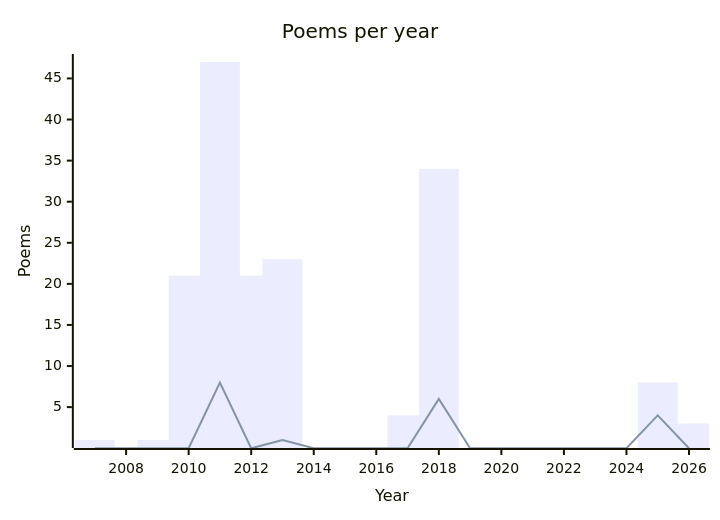
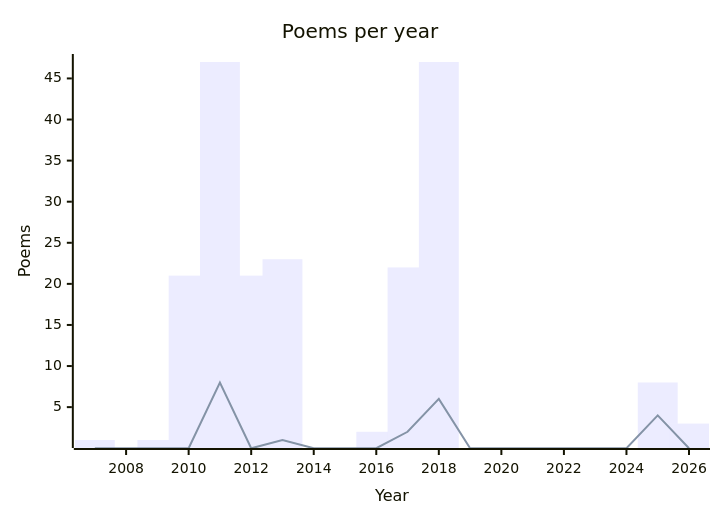
One commit to g-ongenae/blog changed the first of 2 diagrams in tell/README.md. Above: the diagram before and after it, drawn with Mermaid. The commit also changed other lines of this file, not shown here.

````diff
--- a/tell/README.md
+++ b/tell/README.md
@@ -15,8 +15,8 @@
 ```mermaid
 xychart-beta
   title "Poems per year"
   x-axis "Year" 2007 --> 2026
   y-axis "Poems" 1 --> 47
-  bar [1, 0, 1, 21, 47, 21, 23, 0, 0, 0, 4, 34, 0, 0, 0, 0, 0, 0, 8, 3]
-  line [0, 0, 0, 0, 8, 0, 1, 0, 0, 0, 0, 6, 0, 0, 0, 0, 0, 0, 4, 0]
+  bar [1, 0, 1, 21, 47, 21, 23, 0, 0, 2, 22, 47, 0, 0, 0, 0, 0, 0, 8, 3]
+  line [0, 0, 0, 0, 8, 0, 1, 0, 0, 0, 2, 6, 0, 0, 0, 0, 0, 0, 4, 0]
 ```
````
